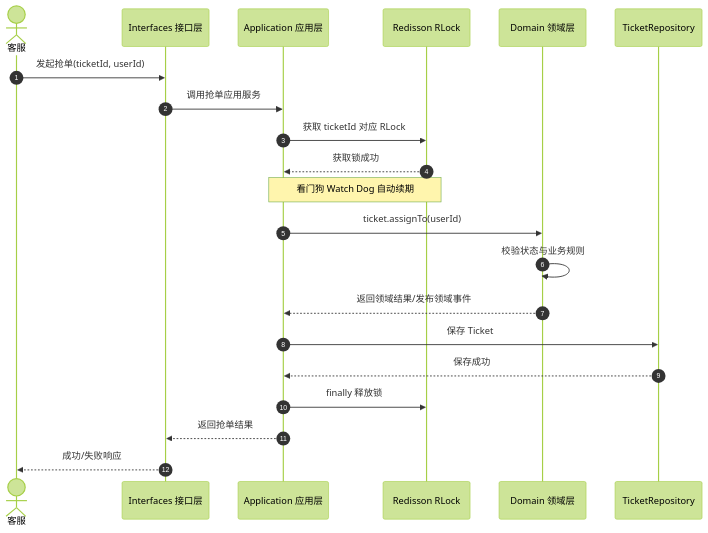
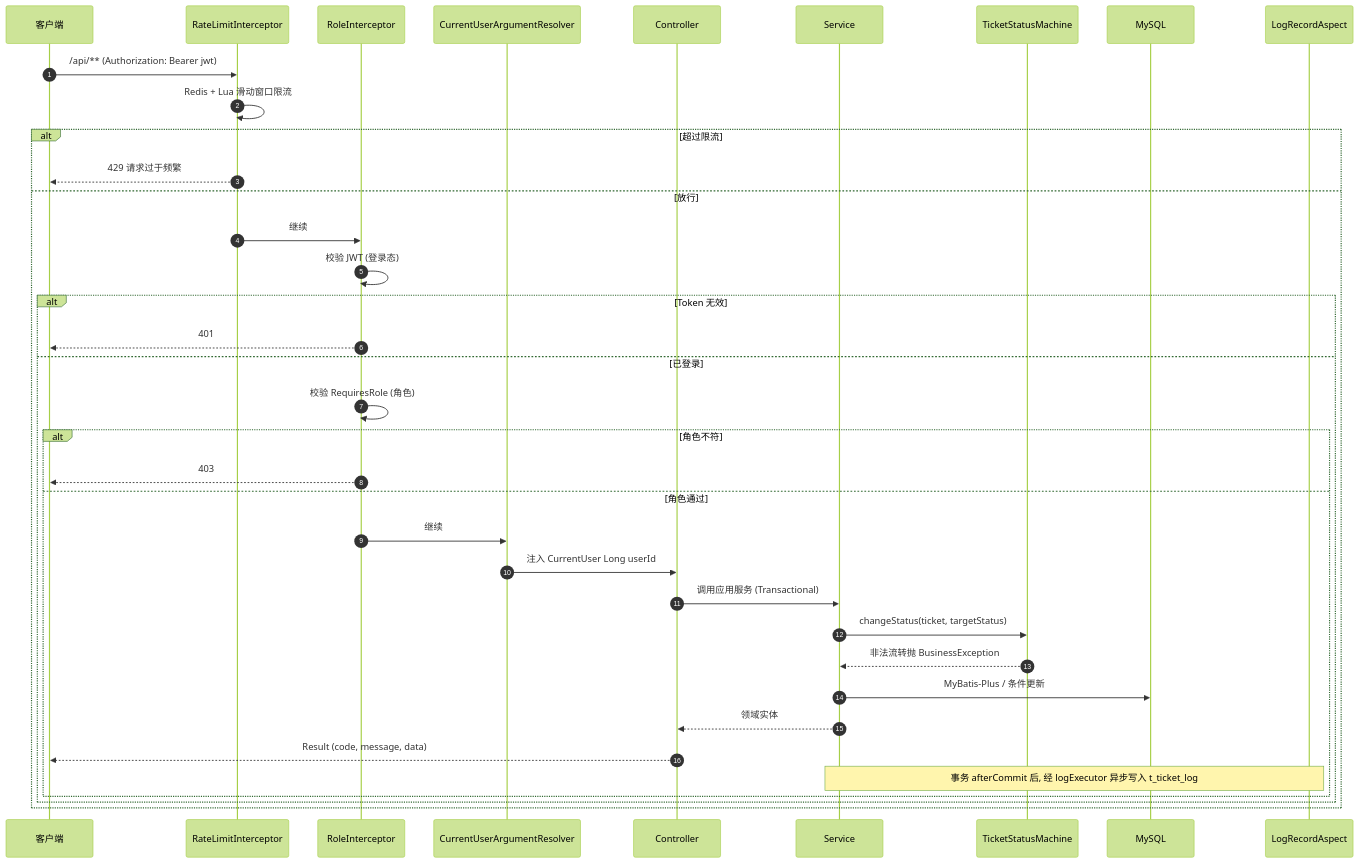
One commit to qiji12-lab/ddd-ticket-system changed the first of 3 diagrams in README.md. Above: the diagram before and after it, drawn with Mermaid (forest theme). The commit also changed other lines of this file, not shown here.

````diff
--- a/README.md
+++ b/README.md
@@ -109,24 +85,40 @@
 ```mermaid
 sequenceDiagram
     autonumber
-    actor CS as 客服
-    participant IF as Interfaces 接口层
-    participant APP as Application 应用层
-    participant LOCK as Redisson RLock
-    participant DOM as Domain 领域层
-    participant REPO as TicketRepository
+    participant C as 客户端
+    participant RL as RateLimitInterceptor
+    participant AU as RoleInterceptor
+    participant CR as CurrentUserArgumentResolver
+    participant CT as Controller
+    participant SV as Service
+    participant SM as TicketStatusMachine
+    participant DB as MySQL
+    participant LG as LogRecordAspect
 
-    CS->>IF: 发起抢单(ticketId, userId)
-    IF->>APP: 调用抢单应用服务
-    APP->>LOCK: 获取 ticketId 对应 RLock
-    LOCK-->>APP: 获取锁成功
-    Note over LOCK,APP: 看门狗 Watch Dog 自动续期
-    APP->>DOM: ticket.assignTo(userId)
-    DOM->>DOM: 校验状态与业务规则
-    DOM-->>APP: 返回领域结果/发布领域事件
-    APP->>REPO: 保存 Ticket
-    REPO-->>APP: 保存成功
-    APP->>LOCK: finally 释放锁
-    APP-->>IF: 返回抢单结果
-    IF-->>CS: 成功/失败响应
+    C->>RL: /api/** (Authorization: Bearer jwt)
+    RL->>RL: Redis + Lua 滑动窗口限流
+    alt 超过限流
+        RL-->>C: 429 请求过于频繁
+    else 放行
+        RL->>AU: 继续
+        AU->>AU: 校验 JWT (登录态)
+        alt Token 无效
+            AU-->>C: 401
+        else 已登录
+            AU->>AU: 校验 RequiresRole (角色)
+            alt 角色不符
+                AU-->>C: 403
+            else 角色通过
+                AU->>CR: 继续
+                CR->>CT: 注入 CurrentUser Long userId
+                CT->>SV: 调用应用服务 (Transactional)
+                SV->>SM: changeStatus(ticket, targetStatus)
+                SM-->>SV: 非法流转抛 BusinessException
+                SV->>DB: MyBatis-Plus / 条件更新
+                SV-->>CT: 领域实体
+                CT-->>C: Result (code, message, data)
+                Note over SV,LG: 事务 afterCommit 后, 经 logExecutor 异步写入 t_ticket_log
+            end
+        end
+    end
 ```
````
